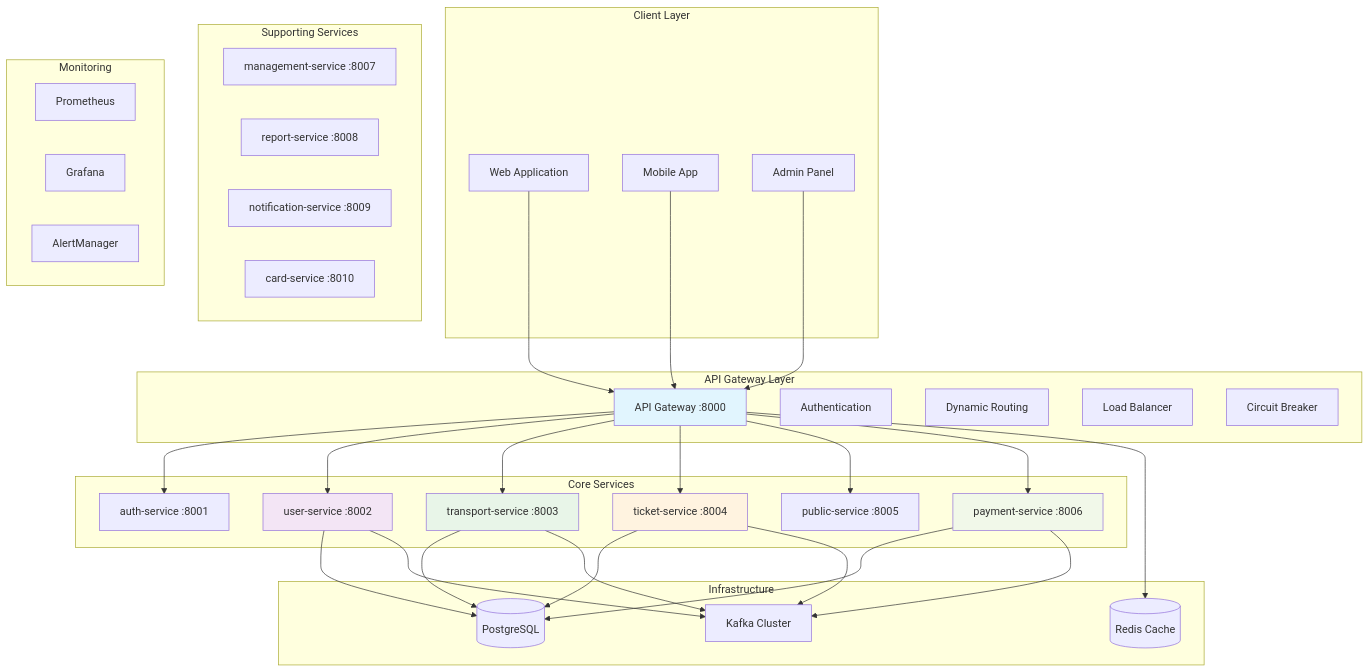
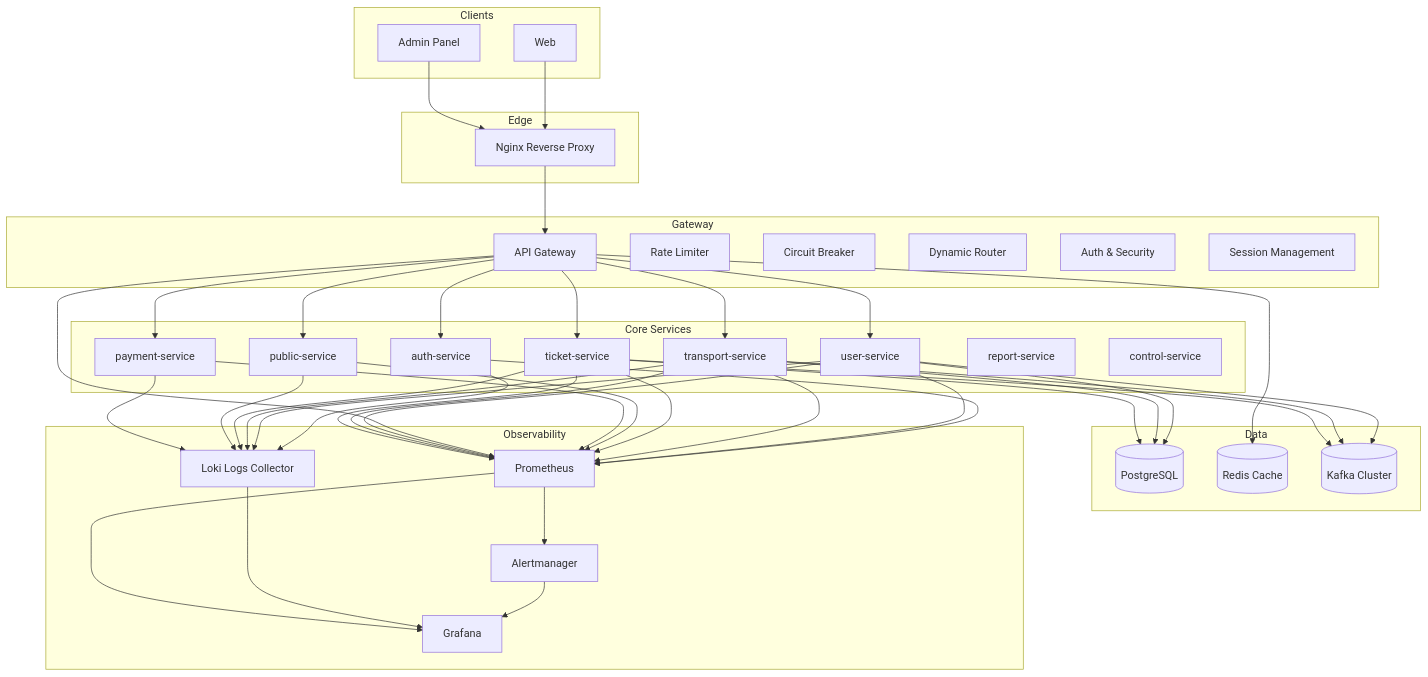
The first of 2 diagrams in README.md (NamPhAm-Work423/Metro-backend), drawn with Mermaid before and after one commit. The commit also changed 27 other files, not shown here.

````diff
--- a/README.md
+++ b/README.md
@@ -7,72 +7,85 @@
 ```mermaid
 graph TB
-    subgraph "Client Layer"
-        WEB[Web Application]
-        MOBILE[Mobile App]
-        ADMIN[Admin Panel]
-    end
+  subgraph Clients
+    W[Web]
+    A[Admin Panel]
+  end
 
-    subgraph "API Gateway Layer"
-        GATEWAY[API Gateway :8000]
-        AUTH[Authentication]
-        ROUTER[Dynamic Routing]
-        LB[Load Balancer]
-        CB[Circuit Breaker]
-    end
+  subgraph Edge
+    NGINX[Nginx Reverse Proxy]
+  end
 
-    subgraph "Core Services"
-        AUTH_SVC[auth-service :8001]
-        USER[user-service :8002]
-        TRANSPORT[transport-service :8003]
-        TICKET[ticket-service :8004]
-        PUBLIC[public-service :8005]
-        PAYMENT[payment-service :8006]
-    end
+  subgraph Gateway
+    GW[API Gateway]
+    RL[Rate Limiter]
+    CB[Circuit Breaker]
+    RT[Dynamic Router]
+    SEC[Auth & Security]
+    SSS[Session Management]
+  end
 
-    subgraph "Supporting Services"
-        MANAGEMENT[management-service :8007]
-        REPORT[report-service :8008]
-        NOTIFICATION[notification-service :8009]
-        CARD[card-service :8010]
-    end
+  subgraph Core Services
+    AUTH[auth-service]
+    USER[user-service]
+    TRANS[transport-service]
+    TICKET[ticket-service]
+    PUBLIC[public-service]
+    PAY[payment-service]
+    REPORT[report-service]
+    CONTROL[control-service]
+  end
 
-    subgraph "Infrastructure"
-        POSTGRES[(PostgreSQL)]
-        REDIS[(Redis Cache)]
-        KAFKA[Kafka Cluster]
-    end
+  subgraph Data
+    PG[(PostgreSQL)]
+    REDIS[(Redis Cache)]
+    KAFKA[(Kafka Cluster)]
+  end
 
-    subgraph "Monitoring"
-        PROMETHEUS[Prometheus]
-        GRAFANA[Grafana]
-        ALERTMANAGER[AlertManager]
-    end
+  subgraph Observability
+    PROM[Prometheus]
+    GRAF[Grafana]
+    ALERT[Alertmanager]
+    LOKI[Loki Logs Collector]
+  end
 
-    WEB --> GATEWAY
-    MOBILE --> GATEWAY
-    ADMIN --> GATEWAY
+  W --> NGINX --> GW
+  A --> NGINX
 
-    GATEWAY --> AUTH_SVC
-    GATEWAY --> USER
-    GATEWAY --> TRANSPORT
-    GATEWAY --> TICKET
-    GATEWAY --> PUBLIC
-    GATEWAY --> PAYMENT
+  GW --> AUTH
+  GW --> USER
+  GW --> TRANS
+  GW --> TICKET
+  GW --> PUBLIC
+  GW --> PAY
 
-    USER --> POSTGRES
-    TRANSPORT --> POSTGRES
-    TICKET --> POSTGRES
-    PAYMENT --> POSTGRES
+  AUTH --> PROM
+  USER --> PROM
+  TRANS --> PROM
+  TICKET --> PROM
+  PUBLIC --> PROM
+  PAY --> PROM
 
-    GATEWAY --> REDIS
-    USER --> KAFKA
-    TRANSPORT --> KAFKA
-    TICKET --> KAFKA
-    PAYMENT --> KAFKA
+  AUTH --> LOKI
+  USER --> LOKI
+  TRANS --> LOKI
+  TICKET --> LOKI
+  PUBLIC --> LOKI
+  PAY --> LOKI
 
-    style GATEWAY fill:#e1f5fe
-    style USER fill:#f3e5f5
-    style TRANSPORT fill:#e8f5e8
-    style TICKET fill:#fff3e0
-    style PAYMENT fill:#f1f8e9
+  PROM --> ALERT
+  USER --> PG
+  TRANS --> PG
+  TICKET --> PG
+
+  GW --> REDIS
+  USER --> KAFKA
+  TRANS --> KAFKA
+  TICKET --> KAFKA
+  ALERT --> GRAF
+  LOKI --> GRAF
+  PROM --> GRAF
+  GW --> PROM
+  USER --> PROM
+  TRANS --> PROM
+  TICKET --> PROM
 ```
````
